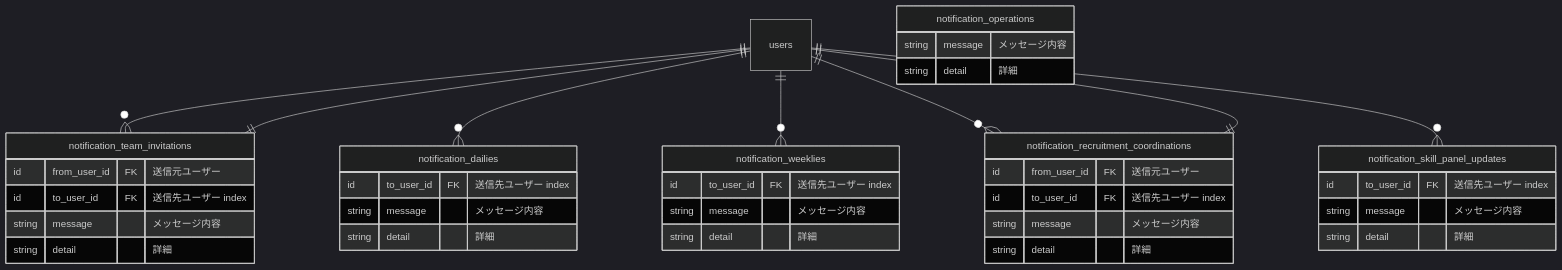
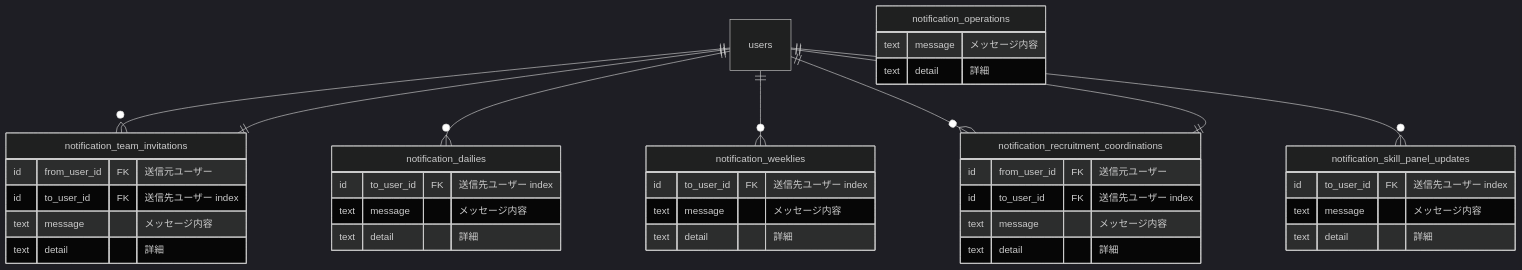
Before and after one commit to bright-org/bright: the third of 6 diagrams in docs/conceptual_schemas/notifications.md, drawn with Mermaid (dark theme). The commit also changed other lines of this file, not shown here.

````diff
--- a/docs/conceptual_schemas/notifications.md
+++ b/docs/conceptual_schemas/notifications.md
@@ -38,52 +38,52 @@
 ```mermaid
 erDiagram
   "users" ||--o{ "notification_team_invitations" : ""
   "notification_team_invitations" ||--|| "users" : ""
 
   "users" ||--o{ "notification_dailies" : ""
   "users" ||--o{ "notification_weeklies" : ""
 
   "users" ||--o{ "notification_recruitment_coordinations" : ""
   "notification_recruitment_coordinations" ||--|| "users" : ""
 
   "users" ||--o{　"notification_skill_panel_updates"　: ""
   "notification_operations"
 
   notification_team_invitations {
     id from_user_id	FK "送信元ユーザー"
     id to_user_id	FK "送信先ユーザー index"
-    string message	"メッセージ内容"
-    string detail	"詳細"
+    text message	"メッセージ内容"
+    text detail	"詳細"
   }
   
   notification_dailies {
     id to_user_id	FK "送信先ユーザー index"
-    string message	"メッセージ内容"
-    string detail	"詳細"
+    text message	"メッセージ内容"
+    text detail	"詳細"
   }
 
   notification_weeklies {
     id to_user_id	FK "送信先ユーザー index"
-    string message	"メッセージ内容"
-    string detail	"詳細"
+    text message	"メッセージ内容"
+    text detail	"詳細"
   }
 
   notification_recruitment_coordinations {
     id from_user_id	FK "送信元ユーザー"
     id to_user_id	FK "送信先ユーザー index"
-    string message	"メッセージ内容"
-    string detail	"詳細"
+    text message	"メッセージ内容"
+    text detail	"詳細"
   }
 
   notification_skill_panel_updates {
     id to_user_id	FK "送信先ユーザー index"
-    string message	"メッセージ内容"
-    string detail	"詳細"
+    text message	"メッセージ内容"
+    text detail	"詳細"
   }
 
   notification_operations {
-    string message	"メッセージ内容"
-    string detail	"詳細"
+    text message	"メッセージ内容"
+    text detail	"詳細"
   }
   
 ```
````
